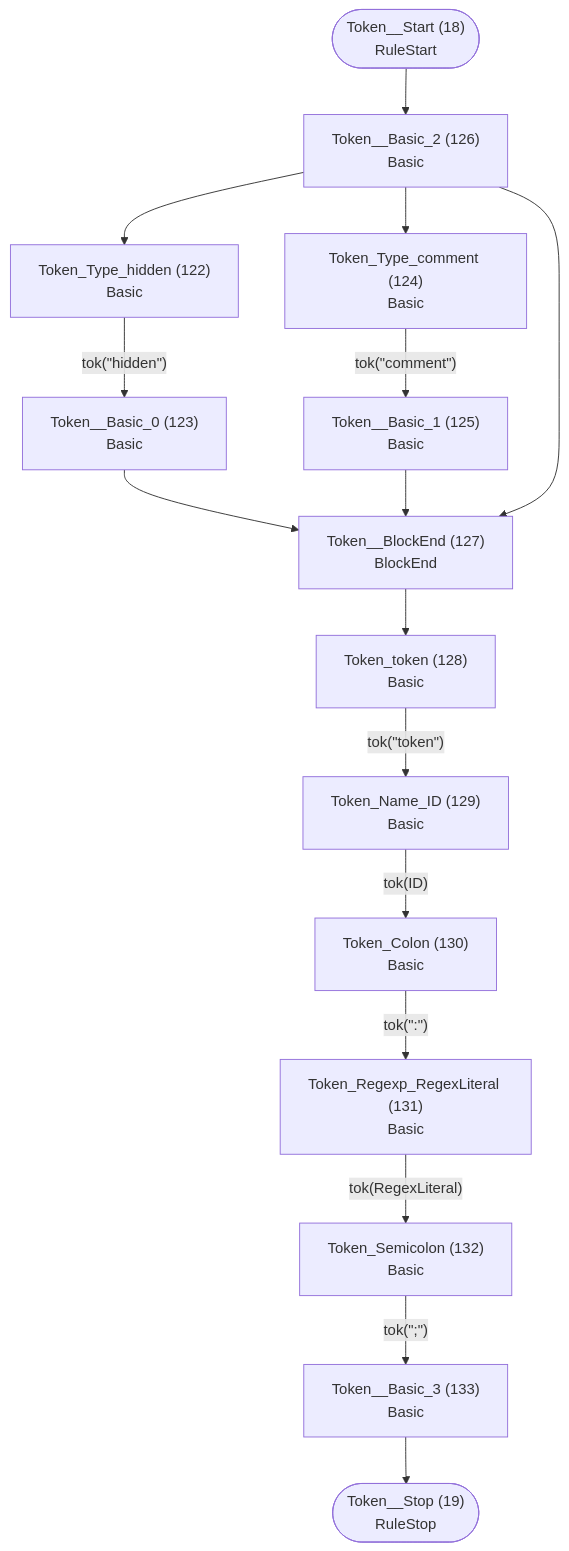
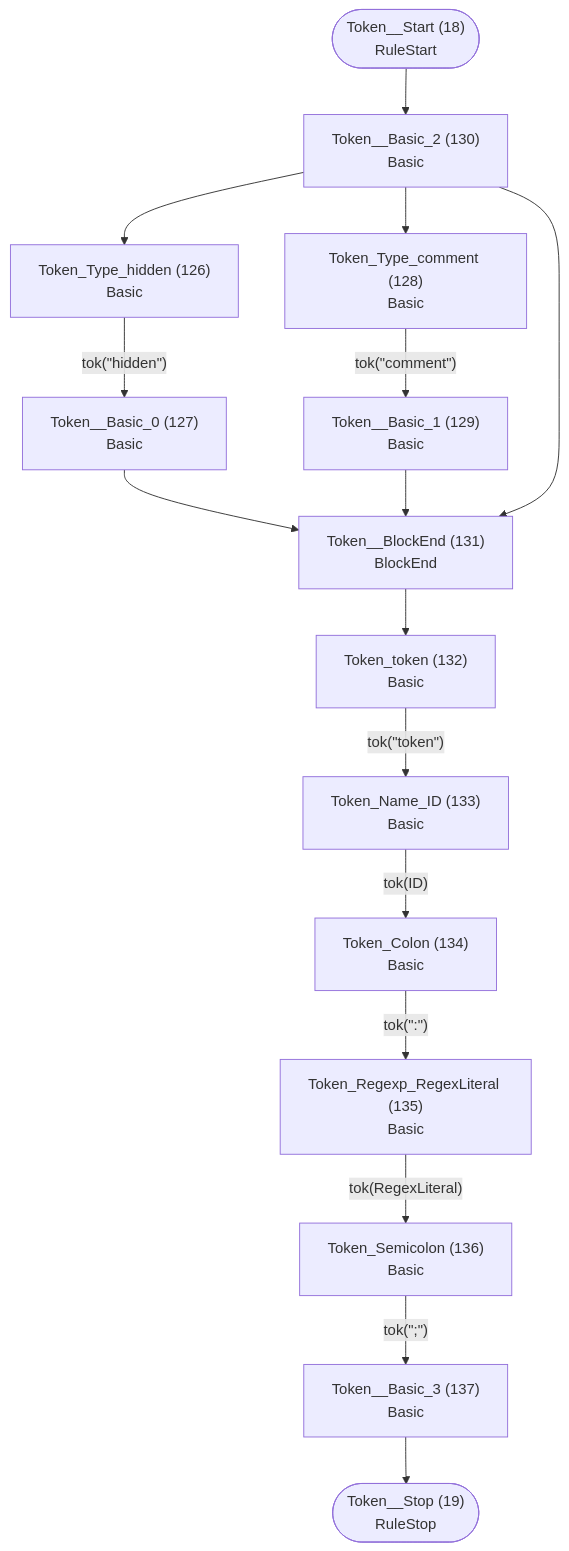
Before and after one commit to TypeFox/fastbelt: the tenth of 26 diagrams in internal/grammar/atn.md, drawn with Mermaid. The commit also changed other lines of this file and 51 other files, not shown here.

````diff
--- a/internal/grammar/atn.md
+++ b/internal/grammar/atn.md
@@ -252,33 +257,33 @@
 ```mermaid
 flowchart TD
     q18(["Token__Start (18)<br/>RuleStart"])
     q19(["Token__Stop (19)<br/>RuleStop"])
-    q122["Token_Type_hidden (122)<br/>Basic<br/>"]
-    q123["Token__Basic_0 (123)<br/>Basic<br/>"]
-    q124["Token_Type_comment (124)<br/>Basic<br/>"]
-    q125["Token__Basic_1 (125)<br/>Basic<br/>"]
-    q126["Token__Basic_2 (126)<br/>Basic<br/>"]
-    q127["Token__BlockEnd (127)<br/>BlockEnd<br/>"]
-    q128["Token_token (128)<br/>Basic<br/>"]
-    q129["Token_Name_ID (129)<br/>Basic<br/>"]
-    q130["Token_Colon (130)<br/>Basic<br/>"]
-    q131["Token_Regexp_RegexLiteral (131)<br/>Basic<br/>"]
-    q132["Token_Semicolon (132)<br/>Basic<br/>"]
-    q133["Token__Basic_3 (133)<br/>Basic<br/>"]
+    q126["Token_Type_hidden (126)<br/>Basic<br/>"]
+    q127["Token__Basic_0 (127)<br/>Basic<br/>"]
+    q128["Token_Type_comment (128)<br/>Basic<br/>"]
+    q129["Token__Basic_1 (129)<br/>Basic<br/>"]
+    q130["Token__Basic_2 (130)<br/>Basic<br/>"]
+    q131["Token__BlockEnd (131)<br/>BlockEnd<br/>"]
+    q132["Token_token (132)<br/>Basic<br/>"]
+    q133["Token_Name_ID (133)<br/>Basic<br/>"]
+    q134["Token_Colon (134)<br/>Basic<br/>"]
+    q135["Token_Regexp_RegexLiteral (135)<br/>Basic<br/>"]
+    q136["Token_Semicolon (136)<br/>Basic<br/>"]
+    q137["Token__Basic_3 (137)<br/>Basic<br/>"]
 
-    q18 --> q126
-    q122 -->|"tok(&quot;hidden&quot;)"| q123
-    q123 --> q127
-    q124 -->|"tok(&quot;comment&quot;)"| q125
-    q125 --> q127
-    q126 --> q122
-    q126 --> q124
-    q126 --> q127
-    q127 --> q128
-    q128 -->|"tok(&quot;token&quot;)"| q129
-    q129 -->|"tok(ID)"| q130
-    q130 -->|"tok(&quot;:&quot;)"| q131
-    q131 -->|"tok(RegexLiteral)"| q132
-    q132 -->|"tok(&quot;;&quot;)"| q133
-    q133 --> q19
+    q18 --> q130
+    q126 -->|"tok(&quot;hidden&quot;)"| q127
+    q127 --> q131
+    q128 -->|"tok(&quot;comment&quot;)"| q129
+    q129 --> q131
+    q130 --> q126
+    q130 --> q128
+    q130 --> q131
+    q131 --> q132
+    q132 -->|"tok(&quot;token&quot;)"| q133
+    q133 -->|"tok(ID)"| q134
+    q134 -->|"tok(&quot;:&quot;)"| q135
+    q135 -->|"tok(RegexLiteral)"| q136
+    q136 -->|"tok(&quot;;&quot;)"| q137
+    q137 --> q19
 ```
````
